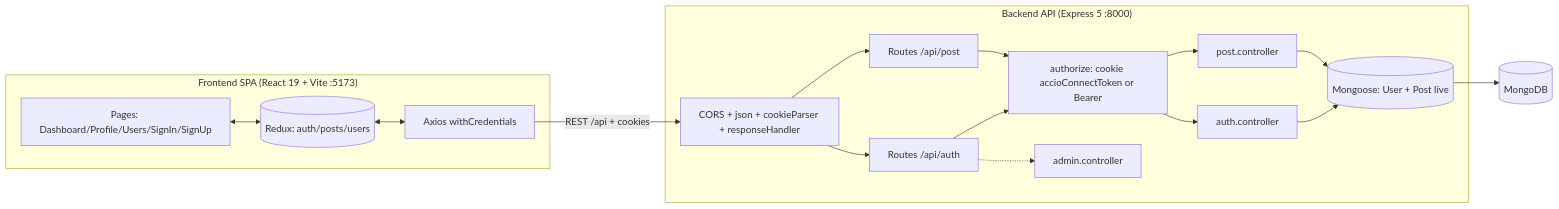
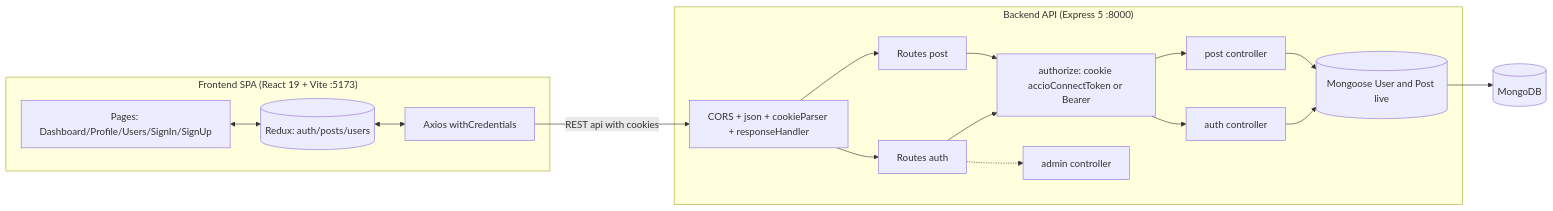
The diagram in docs/architecture.mmd (sai4u-dev/accio-connect), drawn with Mermaid before and after one commit. The commit also changed 3 other files, not shown here.

Commit message:
docs: update architecture and database design documentation for clarity and consistency

```diff
--- a/docs/architecture.mmd
+++ b/docs/architecture.mmd
@@ -1,42 +1,45 @@
 %% Accio Connect — system + container architecture (Mermaid)
 %% Render: https://mermaid.live or `npx @mermaid-js/mermaid-cli -i docs/architecture.mmd`
 %% Source of truth for docs/ARCHITECTURE.md §1–§3.
 
 flowchart LR
     subgraph Client["Frontend SPA (React 19 + Vite :5173)"]
         UI[Pages: Dashboard/Profile/Users/SignIn/SignUp]
         Store[(Redux: auth/posts/users)]
         AX[Axios withCredentials]
         UI <--> Store
         Store <--> AX
     end
     subgraph Server["Backend API (Express 5 :8000)"]
         MW[CORS + json + cookieParser + responseHandler]
         AM[authorize: cookie accioConnectToken or Bearer]
-        R1[Routes /api/auth]
-        R2[Routes /api/post]
-        C1[auth.controller]
-        C2[post.controller]
-        C0[admin.controller]
-        M[(Mongoose: User + Post live)]
-        MW --> R1 & R2
+        R1[Routes auth]
+        R2[Routes post]
+        C1[auth controller]
+        C2[post controller]
+        C0[admin controller]
+        M[(Mongoose User and Post live)]
+        MW --> R1
+        MW --> R2
         R1 --> AM
         R2 --> AM
-        AM --> C1 & C2
-        C1 & C2 --> M
+        AM --> C1
+        AM --> C2
+        C1 --> M
+        C2 --> M
         R1 -.-> C0
     end
     DB[(MongoDB)]
-    AX -- "REST /api + cookies" --> MW
+    AX -- "REST api with cookies" --> MW
     M --> DB
 
 %% --- Auth sequence ---
 %% sequenceDiagram
 %%   participant F as Frontend Redux
 %%   participant B as Backend auth.controller
 %%   participant MW2 as authorize middleware
 %%   participant D as MongoDB User.sessions
 %%   F->>B: POST /api/auth/signup (enums+unique checks, bcrypt-12)
 %%   F->>B: POST /api/auth/signin (+password, compare, sessions.push, JWT 7d cookie)
 %%   F->>MW2: GET /api/auth/me (cookie or Bearer) -> req.user
 %%   F->>B: POST /api/post, PUT like, POST comment (authorize + ownership)
```
